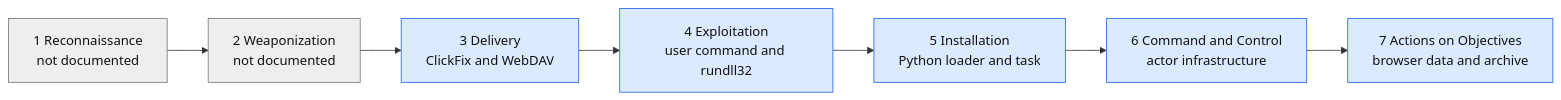
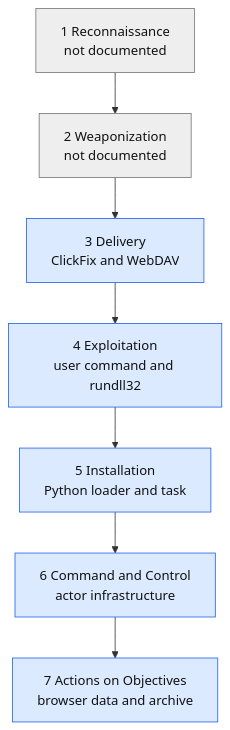
Before and after one commit to User-ease/simulated-infostealer-threat-hunting: the diagram in docs/week4-cyber-kill-chain.md, drawn with Mermaid. The commit also changed other lines of this file, not shown here.

Commit message:
Qualify ClickFix mapping and improve Week 4 diagram

````diff
--- a/docs/week4-cyber-kill-chain.md
+++ b/docs/week4-cyber-kill-chain.md
@@ -19,13 +19,13 @@
 ```mermaid
-flowchart LR
+flowchart TB
     R["1 Reconnaissance<br/>not documented"] --> W["2 Weaponization<br/>not documented"]
     W --> D["3 Delivery<br/>ClickFix and WebDAV"]
     D --> E["4 Exploitation<br/>user command and rundll32"]
     E --> I["5 Installation<br/>Python loader and task"]
     I --> C["6 Command and Control<br/>actor infrastructure"]
     C --> A["7 Actions on Objectives<br/>browser data and archive"]
     classDef unknown fill:#eeeeee,stroke:#777777,color:#111111;
     classDef reported fill:#dbeafe,stroke:#2563eb,color:#111111;
     class R,W unknown;
     class D,E,I,C,A reported;
 ```
````
